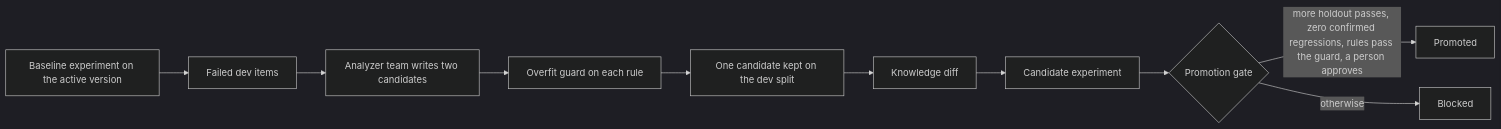
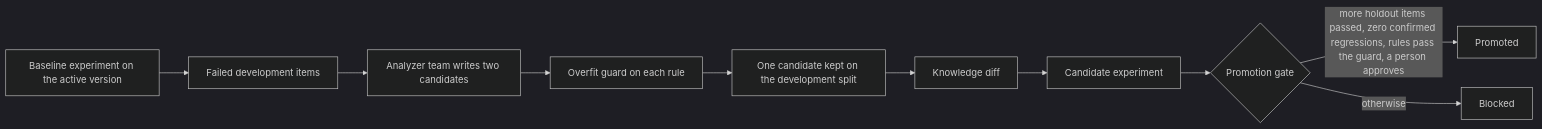
The diagram in section-4-hill-climbing-loop/demo/README.md (ANI-IN/loop-engineering), drawn with Mermaid (dark theme) before and after one commit. The commit also changed other lines of this file and 111 other files, not shown here.

````diff
--- a/section-4-hill-climbing-loop/demo/README.md
+++ b/section-4-hill-climbing-loop/demo/README.md
@@ -52,12 +53,12 @@
 ```mermaid
 flowchart LR
-    B[Baseline experiment on the active version] --> F[Failed dev items]
+    B[Baseline experiment on the active version] --> F[Failed development items]
     F --> T[Analyzer team writes two candidates]
     T --> O[Overfit guard on each rule]
-    O --> K[One candidate kept on the dev split]
+    O --> K[One candidate kept on the development split]
     K --> D[Knowledge diff]
     D --> C[Candidate experiment]
     C --> G{Promotion gate}
-    G -->|more holdout passes, zero confirmed regressions, rules pass the guard, a person approves| P[Promoted]
+    G -->|more holdout items passed, zero confirmed regressions, rules pass the guard, a person approves| P[Promoted]
     G -->|otherwise| X[Blocked]
 ```
````
